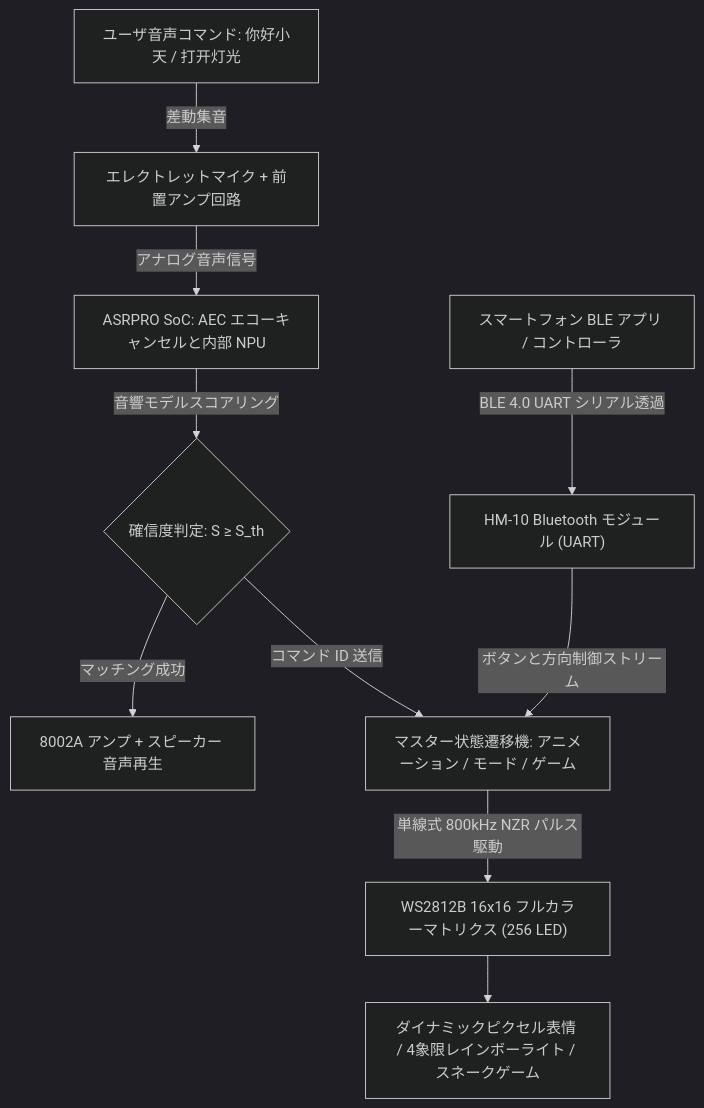
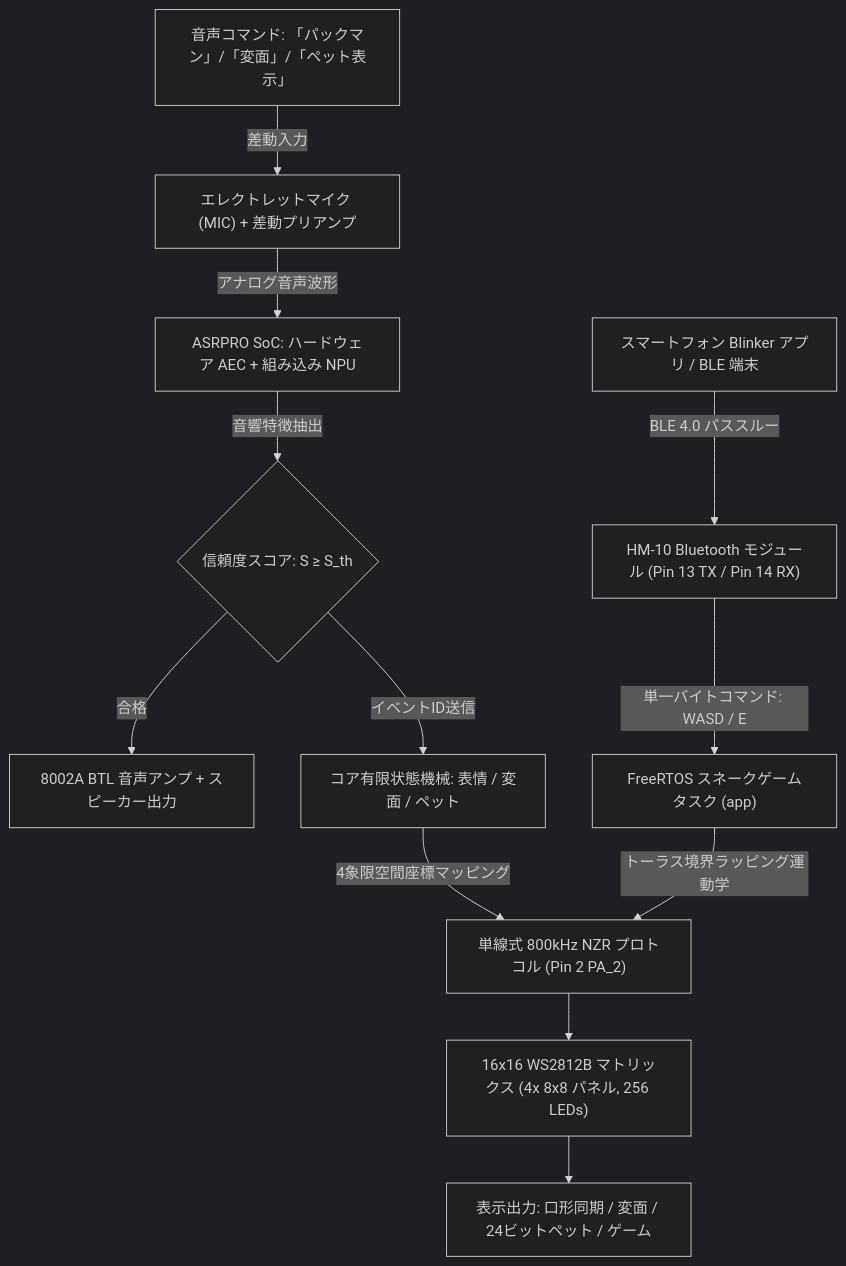
One commit to DongFengPo1412/Intelligent-Lighting-Control-System-Basic changed the diagram in README_JA.md. Above: the diagram before and after it, drawn with Mermaid (dark theme). The commit also changed other lines of this file and 4 other files, not shown here.

````diff
--- a/README_JA.md
+++ b/README_JA.md
@@ -66,12 +74,14 @@
 ```mermaid
 flowchart TD
-    A["ユーザ音声コマンド: 你好小天 / 打开灯光"] -->|差動集音| B["エレクトレットマイク + 前置アンプ回路"]
-    B -->|アナログ音声信号| C["ASRPRO SoC: AEC エコーキャンセルと内部 NPU"]
-    C -->|音響モデルスコアリング| D{"確信度判定: S ≥ S_th"}
-    D -->|マッチング成功| E["8002A アンプ + スピーカー 音声再生"]
-    D -->|コマンド ID 送信| F["マスター状態遷移機: アニメーション / モード / ゲーム"]
-    G["スマートフォン BLE アプリ / コントローラ"] -->|BLE 4.0 UART シリアル透過| H["HM-10 Bluetooth モジュール (UART)"]
-    H -->|ボタンと方向制御ストリーム| F
-    F -->|単線式 800kHz NZR パルス駆動| I["WS2812B 16x16 フルカラーマトリクス (256 LED)"]
-    I --> J["ダイナミックピクセル表情 / 4象限レインボーライト / スネークゲーム"]
+    A["音声コマンド: 「パックマン」/「変面」/「ペット表示」"] -->|差動入力| B["エレクトレットマイク (MIC) + 差動プリアンプ"]
+    B -->|アナログ音声波形| C["ASRPRO SoC: ハードウェア AEC + 組み込み NPU"]
+    C -->|音響特徴抽出| D{"信頼度スコア: S ≥ S_th"}
+    D -->|合格| E["8002A BTL 音声アンプ + スピーカー出力"]
+    D -->|イベントID送信| F["コア有限状態機械: 表情 / 変面 / ペット"]
+    G["スマートフォン Blinker アプリ / BLE 端末"] -->|BLE 4.0 パススルー| H["HM-10 Bluetooth モジュール (Pin 13 TX / Pin 14 RX)"]
+    H -->|単一バイトコマンド: WASD / E| I["FreeRTOS スネークゲームタスク (app)"]
+    F -->|4象限空間座標マッピング| J["単線式 800kHz NZR プロトコル (Pin 2 PA_2)"]
+    I -->|トーラス境界ラッピング運動学| J
+    J --> K["16x16 WS2812B マトリックス (4x 8x8 パネル, 256 LEDs)"]
+    K --> L["表示出力: 口形同期 / 変面 / 24ビットペット / ゲーム"]
 ```
````
